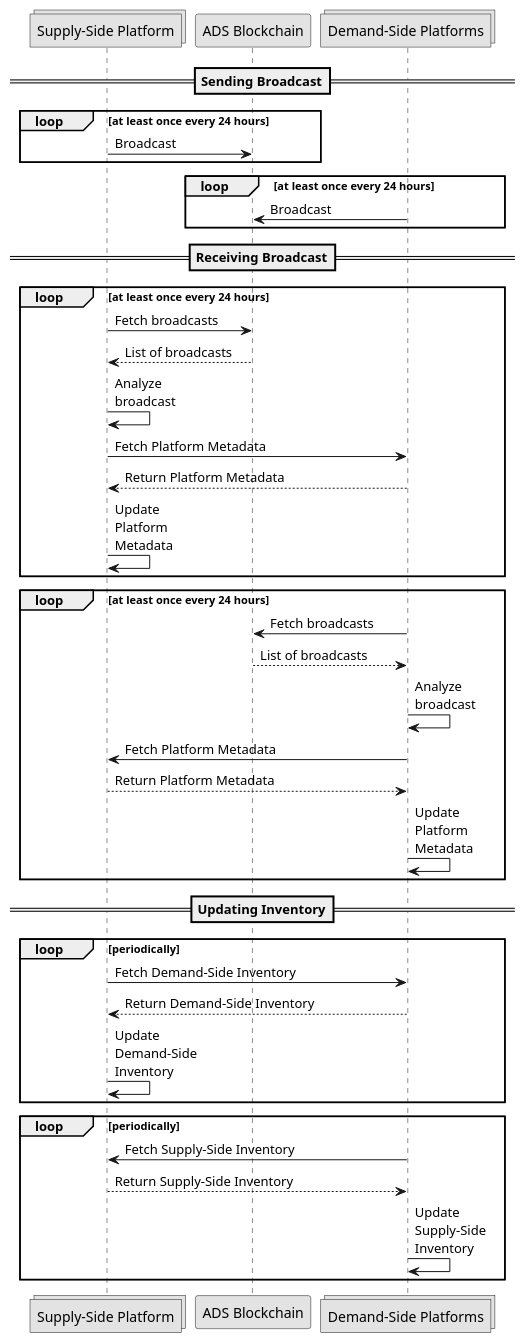
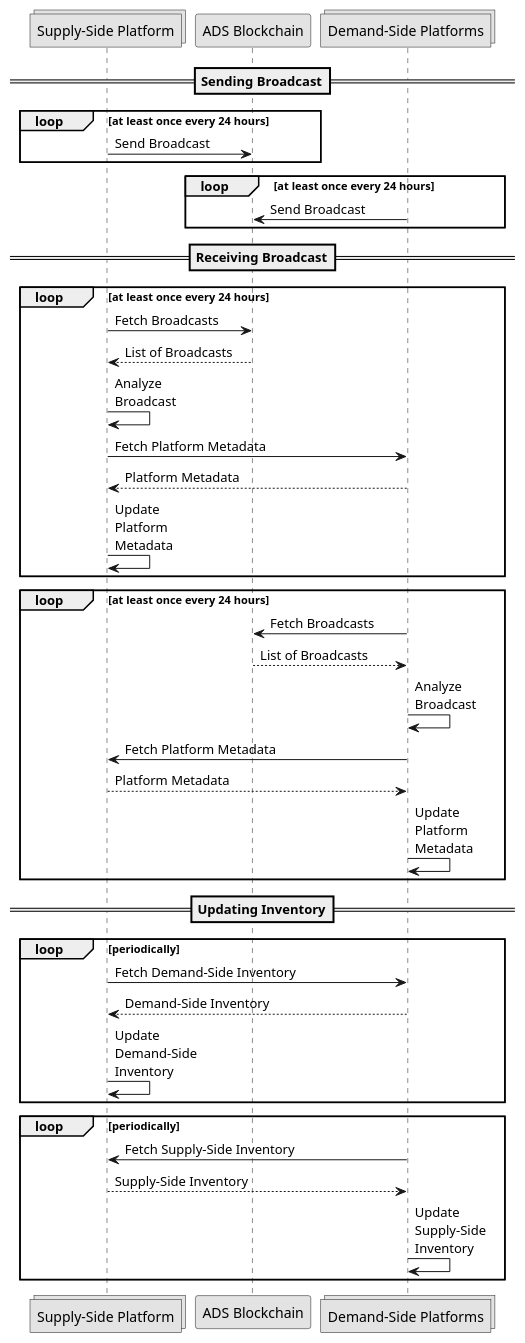
Before and after one commit to adshares/adshares-docs: the diagram in protocol/synchronization/index.rst, drawn with PlantUML. The commit also changed 5 other files, not shown here.

```diff
--- a/protocol/synchronization/index.rst
+++ b/protocol/synchronization/index.rst
@@ -47,52 +47,52 @@
 .. uml::
     :align: center
 
     skinparam monochrome true
 
     collections "Supply-Side Platform"      as SSP
     participant "ADS Blockchain"            as blockchain
     collections "Demand-Side Platforms"     as DSP
 
     ==Sending Broadcast==
 
     loop at least once every 24 hours
-        SSP -> blockchain: Broadcast
+        SSP ->          blockchain:   Send Broadcast
     end
 
     loop at least once every 24 hours
-        DSP -> blockchain: Broadcast
+        DSP ->          blockchain:   Send Broadcast
     end
 
     ==Receiving Broadcast==
 
     loop at least once every 24 hours
-        SSP -> blockchain: Fetch broadcasts
-        blockchain --> SSP: List of broadcasts
-        SSP -> SSP: Analyze\nbroadcast
-        SSP -> DSP: Fetch Platform Metadata
-        DSP --> SSP: Return Platform Metadata
-        SSP -> SSP: Update\nPlatform\nMetadata
+        SSP ->          blockchain:   Fetch Broadcasts
+        blockchain -->  SSP:          List of Broadcasts
+        SSP ->          SSP:          Analyze\nBroadcast
+        SSP ->          DSP:          Fetch Platform Metadata
+        DSP -->         SSP:          Platform Metadata
+        SSP ->          SSP:          Update\nPlatform\nMetadata
     end
 
     loop at least once every 24 hours
-        DSP -> blockchain: Fetch broadcasts
-        blockchain --> DSP: List of broadcasts
-        DSP -> DSP: Analyze\nbroadcast
-        DSP -> SSP: Fetch Platform Metadata
-        SSP --> DSP: Return Platform Metadata
-        DSP -> DSP: Update\nPlatform\nMetadata
+        DSP ->          blockchain:   Fetch Broadcasts
+        blockchain -->  DSP:          List of Broadcasts
+        DSP ->          DSP:          Analyze\nBroadcast
+        DSP ->          SSP:          Fetch Platform Metadata
+        SSP -->         DSP:          Platform Metadata
+        DSP ->          DSP:          Update\nPlatform\nMetadata
     end
 
     ==Updating Inventory==
 
     loop periodically
-        SSP -> DSP : Fetch Demand-Side Inventory
-        DSP --> SSP: Return Demand-Side Inventory
-        SSP -> SSP: Update\nDemand-Side\nInventory
+        SSP ->          DSP:          Fetch Demand-Side Inventory
+        DSP -->         SSP:          Demand-Side Inventory
+        SSP ->          SSP:          Update\nDemand-Side\nInventory
     end
 
     loop periodically
-        DSP -> SSP : Fetch Supply-Side Inventory
-        SSP --> DSP: Return Supply-Side Inventory
-        DSP -> DSP: Update\nSupply-Side\nInventory
+        DSP ->          SSP:          Fetch Supply-Side Inventory
+        SSP -->         DSP:          Supply-Side Inventory
+        DSP ->          DSP:          Update\nSupply-Side\nInventory
     end
```
